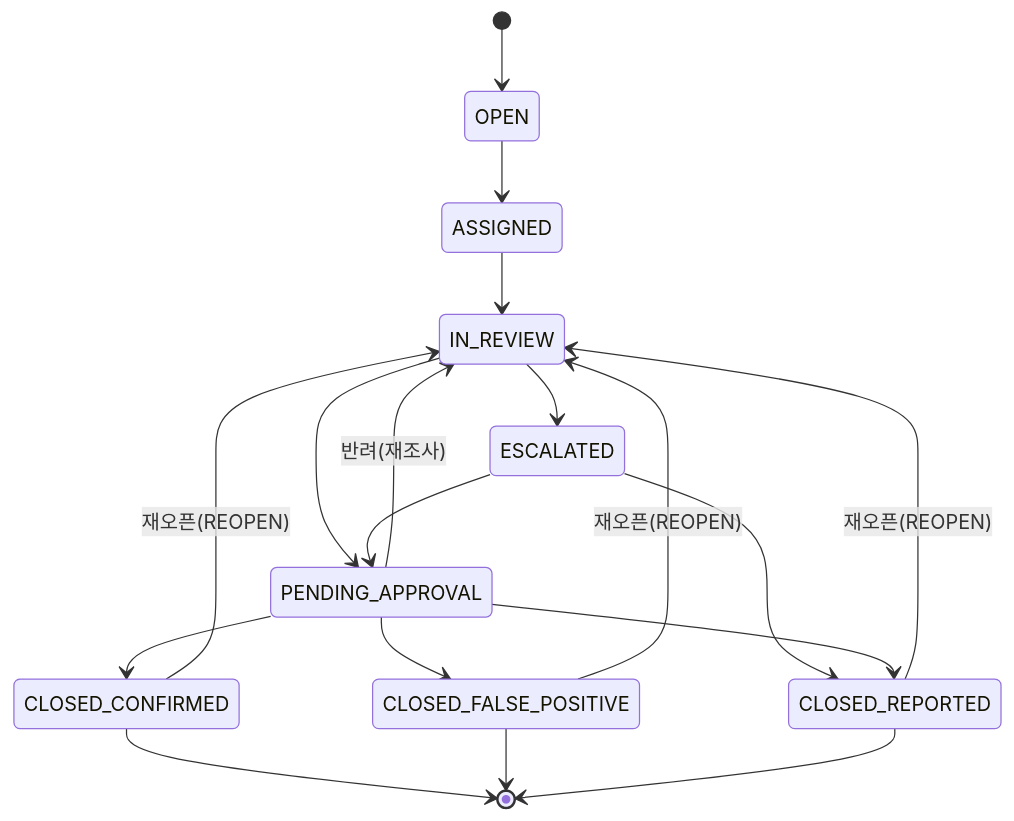
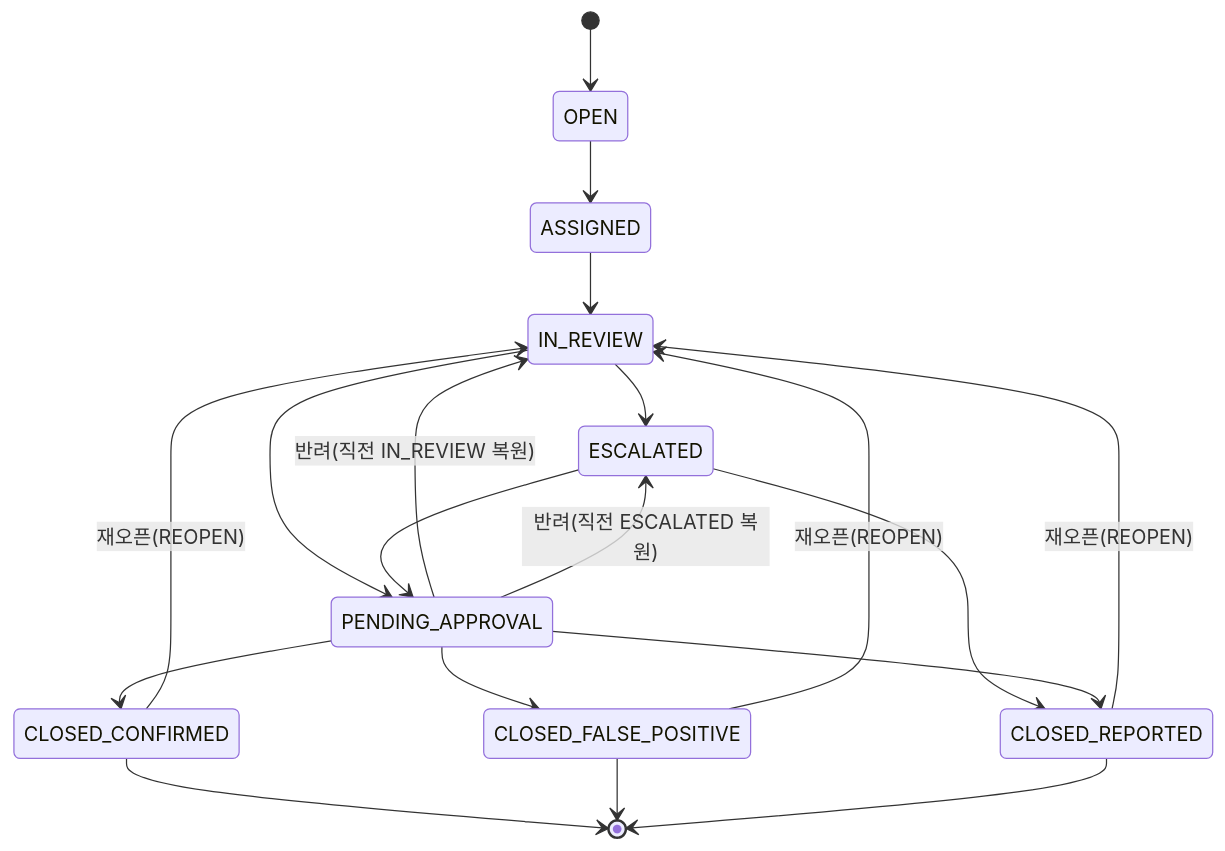
The third of 10 diagrams in docs/software/01-fdsSvc-sass.md (smkim89/aml-system-docs), drawn with Mermaid before and after one commit. The commit also changed other lines of this file and 2 other files, not shown here.

````diff
--- a/docs/software/01-fdsSvc-sass.md
+++ b/docs/software/01-fdsSvc-sass.md
@@ -957,20 +961,21 @@
 ```mermaid
 stateDiagram-v2
     [*] --> OPEN
     OPEN --> ASSIGNED
     ASSIGNED --> IN_REVIEW
     IN_REVIEW --> ESCALATED
     IN_REVIEW --> PENDING_APPROVAL
     ESCALATED --> PENDING_APPROVAL
     ESCALATED --> CLOSED_REPORTED
     PENDING_APPROVAL --> CLOSED_CONFIRMED
     PENDING_APPROVAL --> CLOSED_FALSE_POSITIVE
     PENDING_APPROVAL --> CLOSED_REPORTED
-    PENDING_APPROVAL --> IN_REVIEW: 반려(재조사)
+    PENDING_APPROVAL --> IN_REVIEW: 반려(직전 IN_REVIEW 복원)
+    PENDING_APPROVAL --> ESCALATED: 반려(직전 ESCALATED 복원)
     CLOSED_CONFIRMED --> IN_REVIEW: 재오픈(REOPEN)
     CLOSED_FALSE_POSITIVE --> IN_REVIEW: 재오픈(REOPEN)
     CLOSED_REPORTED --> IN_REVIEW: 재오픈(REOPEN)
     CLOSED_CONFIRMED --> [*]
     CLOSED_FALSE_POSITIVE --> [*]
     CLOSED_REPORTED --> [*]
 ```
````
